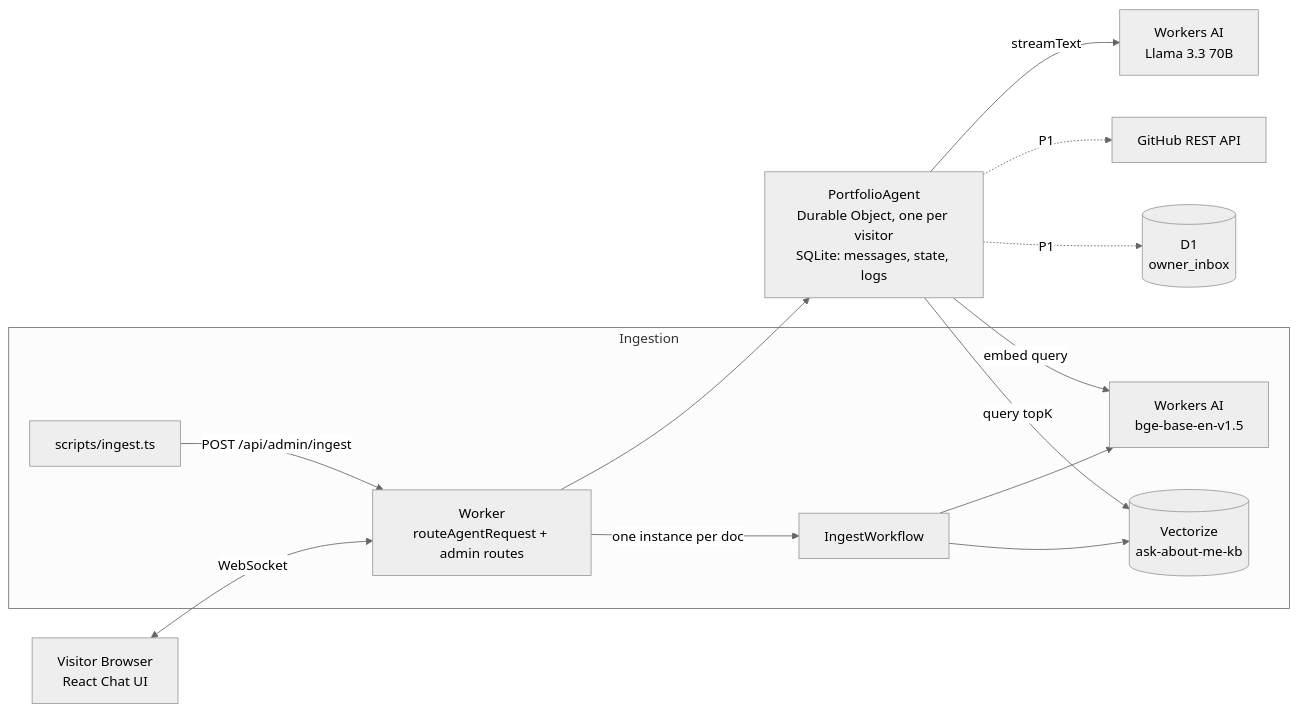
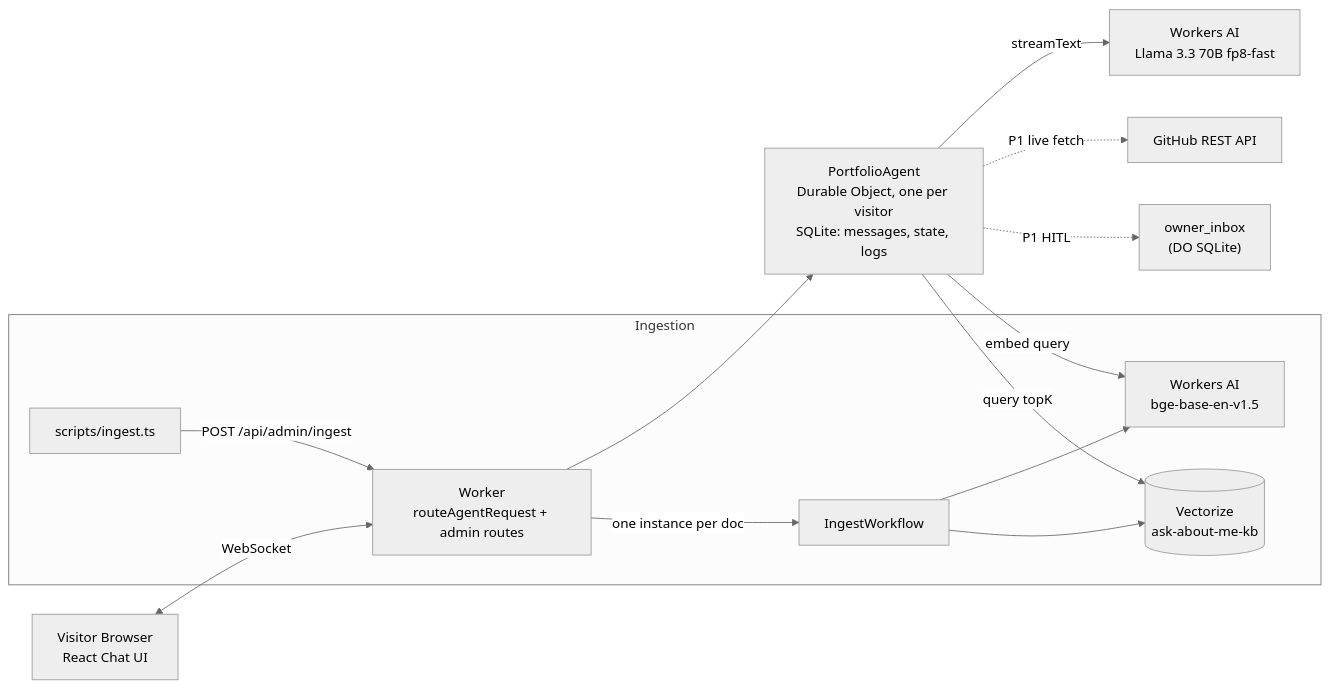
The first of 2 diagrams in README.md (Anirban780/Cloudflare---Ask-About-Me), drawn with Mermaid (neutral theme) before and after one commit. The commit also changed other lines of this file and 6 other files, not shown here.

Commit message:
docs: final readme and architecture

````diff
--- a/README.md
+++ b/README.md
@@ -27,16 +47,16 @@
 ```mermaid
 flowchart LR
   V["Visitor Browser<br/>React Chat UI"] <-->|WebSocket| W["Worker<br/>routeAgentRequest + admin routes"]
   W --> DO["PortfolioAgent<br/>Durable Object, one per visitor<br/>SQLite: messages, state, logs"]
-  DO -->|streamText| LLM["Workers AI<br/>Llama 3.3 70B"]
+  DO -->|streamText| LLM["Workers AI<br/>Llama 3.3 70B fp8-fast"]
   DO -->|embed query| EMB["Workers AI<br/>bge-base-en-v1.5"]
   DO -->|query topK| VZ[("Vectorize<br/>ask-about-me-kb")]
-  DO -.->|P1| GH["GitHub REST API"]
-  DO -.->|P1| D1[("D1<br/>owner_inbox")]
+  DO -.->|P1 live fetch| GH["GitHub REST API"]
+  DO -.->|P1 HITL| INB["owner_inbox<br/>(DO SQLite)"]
   subgraph Ingestion
     CLI["scripts/ingest.ts"] -->|"POST /api/admin/ingest"| W
     W -->|"one instance per doc"| WF["IngestWorkflow"]
     WF --> EMB
     WF --> VZ
   end
 ```
````
